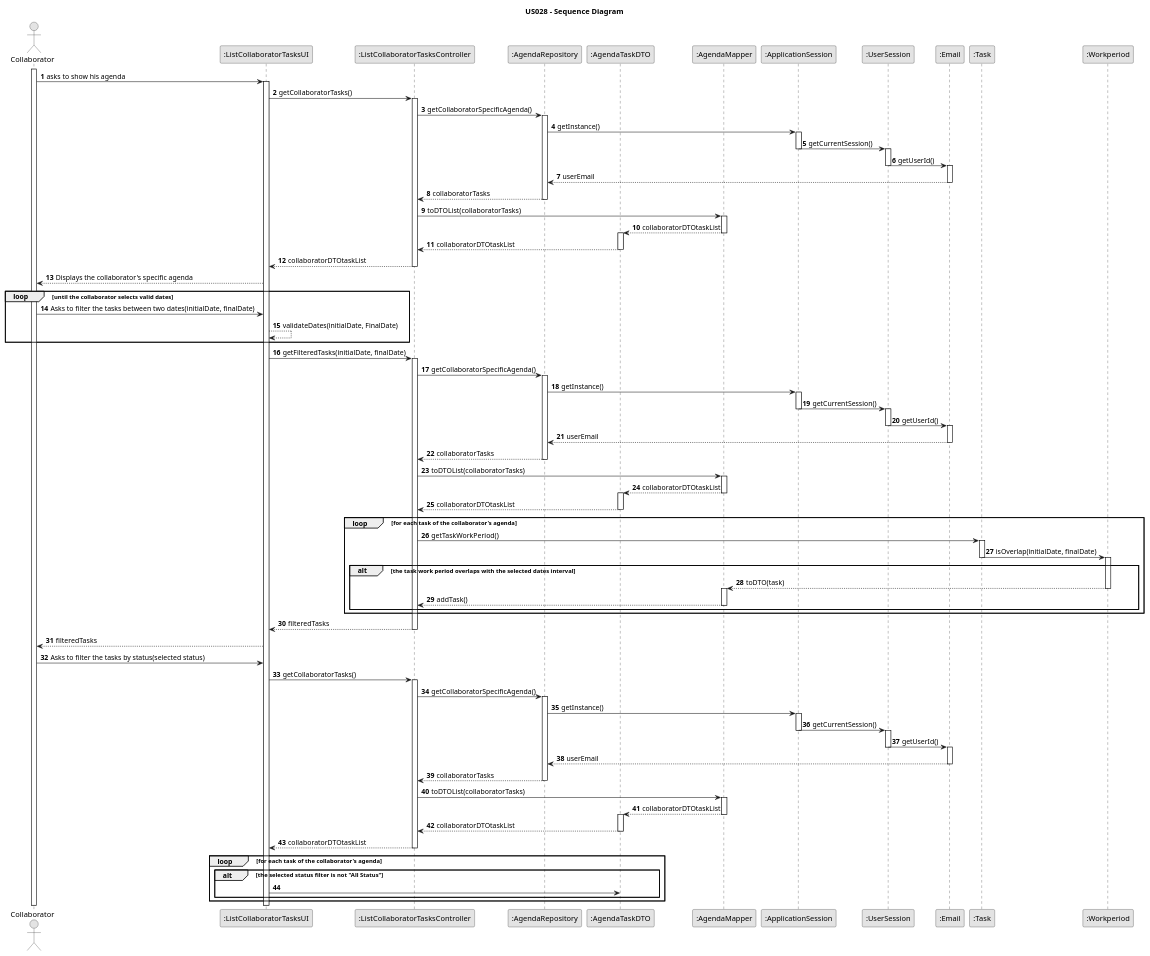
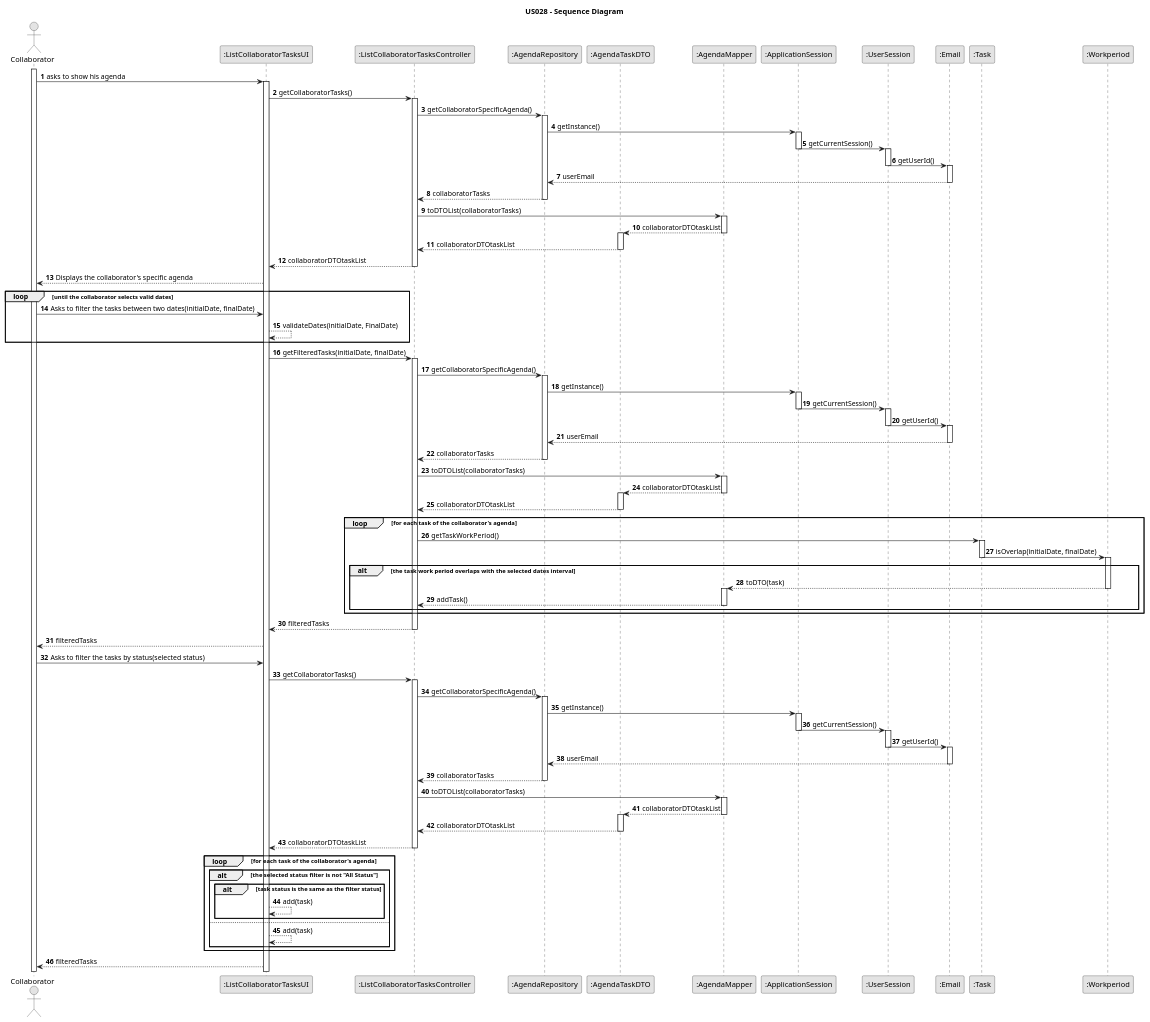
The diagram in docs/sprintC/us028/03.design/puml/us028-sequence-diagram.puml (Rui-San/LAPR2_2023_2024), drawn with PlantUML before and after one commit.

Commit message:
US 28 - Sequence Diagram

```diff
--- a/docs/sprintC/us028/03.design/puml/us028-sequence-diagram.puml
+++ b/docs/sprintC/us028/03.design/puml/us028-sequence-diagram.puml
@@ -1,149 +1,154 @@
 @startuml
 skinparam monochrome true
 skinparam packageStyle rectangle
 skinparam shadowing false
 
 title US028 - Sequence Diagram
 
 autonumber
 
 actor "Collaborator" as Collaborator
 participant ":ListCollaboratorTasksUI" as UI
 participant ":ListCollaboratorTasksController" as CTRL
 participant ":AgendaRepository" as REPO
 participant ":AgendaTaskDTO" as DTO
 participant ":AgendaMapper" as Mapper
 participant ":ApplicationSession" as AS
 participant ":UserSession" as US
 participant ":Email" as Email
 participant ":Task" as Task
 participant ":Workperiod" as Workperiod
 
 activate Collaborator
 
     Collaborator -> UI :asks to show his agenda
     activate UI
     UI -> CTRL :getCollaboratorTasks()
     activate CTRL
     CTRL -> REPO:getCollaboratorSpecificAgenda()
     activate REPO
     REPO -> AS:getInstance()
     activate AS
 
     AS -> US:getCurrentSession()
     deactivate AS
     activate US
     US -> Email:getUserId()
     deactivate US
     activate Email
     Email --> REPO:userEmail
     deactivate Email
 
     REPO --> CTRL: collaboratorTasks
     deactivate REPO
     CTRL -> Mapper: toDTOList(collaboratorTasks)
 
     activate Mapper
     Mapper --> DTO: collaboratorDTOtaskList
     deactivate Mapper
 
     activate DTO
     DTO --> CTRL: collaboratorDTOtaskList
     deactivate DTO
     CTRL --> UI: collaboratorDTOtaskList
 
 
     deactivate CTRL
     UI --> Collaborator: Displays the collaborator's specific agenda
 
     loop until the collaborator selects valid dates
     Collaborator -> UI: Asks to filter the tasks between two dates(initialDate, finalDate)
     UI --> UI: validateDates(initialDate, FinalDate)
     end loop
 
     UI -> CTRL : getFilteredTasks(initialDate, finalDate)
 
 
 
     activate CTRL
         CTRL -> REPO:getCollaboratorSpecificAgenda()
         activate REPO
         REPO -> AS:getInstance()
         activate AS
 
         AS -> US:getCurrentSession()
         deactivate AS
         activate US
         US -> Email:getUserId()
         deactivate US
         activate Email
         Email --> REPO:userEmail
         deactivate Email
 
         REPO --> CTRL: collaboratorTasks
         deactivate REPO
         CTRL -> Mapper: toDTOList(collaboratorTasks)
 
         activate Mapper
         Mapper --> DTO: collaboratorDTOtaskList
         deactivate Mapper
 
         activate DTO
         DTO --> CTRL: collaboratorDTOtaskList
         deactivate DTO
         loop for each task of the collaborator's agenda
 
 
         CTRL -> Task: getTaskWorkPeriod()
         activate Task
         Task -> Workperiod: isOverlap(initialDate, finalDate)
         deactivate Task
         alt the task work period overlaps with the selected dates interval
         activate Workperiod
         Workperiod --> Mapper: toDTO(task)
         deactivate Workperiod
         activate Mapper
         Mapper --> CTRL: addTask()
         deactivate Mapper
         end
         end loop
         CTRL --> UI: filteredTasks
         deactivate CTRL
         UI --> Collaborator: filteredTasks
         Collaborator -> UI: Asks to filter the tasks by status(selected status)
         UI -> CTRL :getCollaboratorTasks()
             activate CTRL
             CTRL -> REPO:getCollaboratorSpecificAgenda()
             activate REPO
             REPO -> AS:getInstance()
             activate AS
 
             AS -> US:getCurrentSession()
             deactivate AS
             activate US
             US -> Email:getUserId()
             deactivate US
             activate Email
             Email --> REPO:userEmail
             deactivate Email
 
             REPO --> CTRL: collaboratorTasks
             deactivate REPO
             CTRL -> Mapper: toDTOList(collaboratorTasks)
 
             activate Mapper
             Mapper --> DTO: collaboratorDTOtaskList
             deactivate Mapper
             activate DTO
                 DTO --> CTRL: collaboratorDTOtaskList
                 deactivate DTO
 
             CTRL --> UI: collaboratorDTOtaskList
             deactivate CTRL
+
             loop for each task of the collaborator's agenda
             alt the selected status filter is not "All Status"
-            UI -> DTO:
+            alt task status is the same as the filter status
+            UI --> UI: add(task)
+            end
+            else
+            UI --> UI: add(task)
             end
             end loop
-
+            UI --> Collaborator: filteredTasks
 @enduml
```
